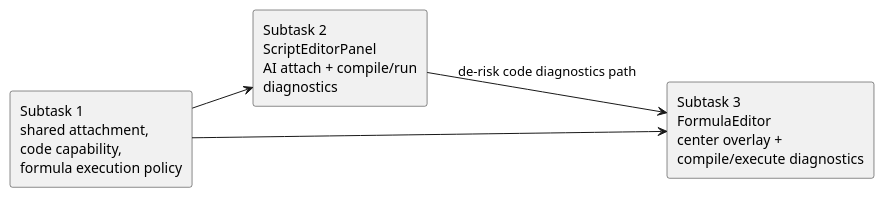
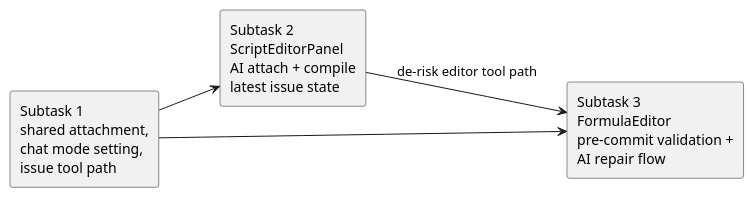
One commit to hyperdreamer/freeplane changed the second of 8 diagrams in ai-specs/tasks/in-progress/allow-ai-chat-attachment-for-formula-and-script-editors.md. Above: the diagram before and after it, drawn with PlantUML. The commit also changed other lines of this file, not shown here.

Commit message:
2026-05-27-editor-chat-attachment Clarify attached-editor task design

````diff
--- a/ai-specs/tasks/in-progress/allow-ai-chat-attachment-for-formula-and-script-editors.md
+++ b/ai-specs/tasks/in-progress/allow-ai-chat-attachment-for-formula-and-script-editors.md
@@ -217,12 +235,12 @@
-```plantuml
-@startuml
-left to right direction
-rectangle "Subtask 1\nshared attachment,\ncode capability,\nformula execution policy" as S1
-rectangle "Subtask 2\nScriptEditorPanel\nAI attach + compile/run\ndiagnostics" as S2
-rectangle "Subtask 3\nFormulaEditor\ncenter overlay +\ncompile/execute diagnostics" as S3
-
-S1 --> S2
-S1 --> S3
-S2 --> S3 : de-risk code diagnostics path
-@enduml
-```
+  ```plantuml
+  @startuml
+  left to right direction
+  rectangle "Subtask 1\nshared attachment,\nchat mode setting,\nissue tool path" as S1
+  rectangle "Subtask 2\nScriptEditorPanel\nAI attach + compile\nlatest issue state" as S2
+  rectangle "Subtask 3\nFormulaEditor\npre-commit validation +\nAI repair flow" as S3
+  
+  S1 --> S2
+  S1 --> S3
+  S2 --> S3 : de-risk editor tool path
+  @enduml
+  ```
````
